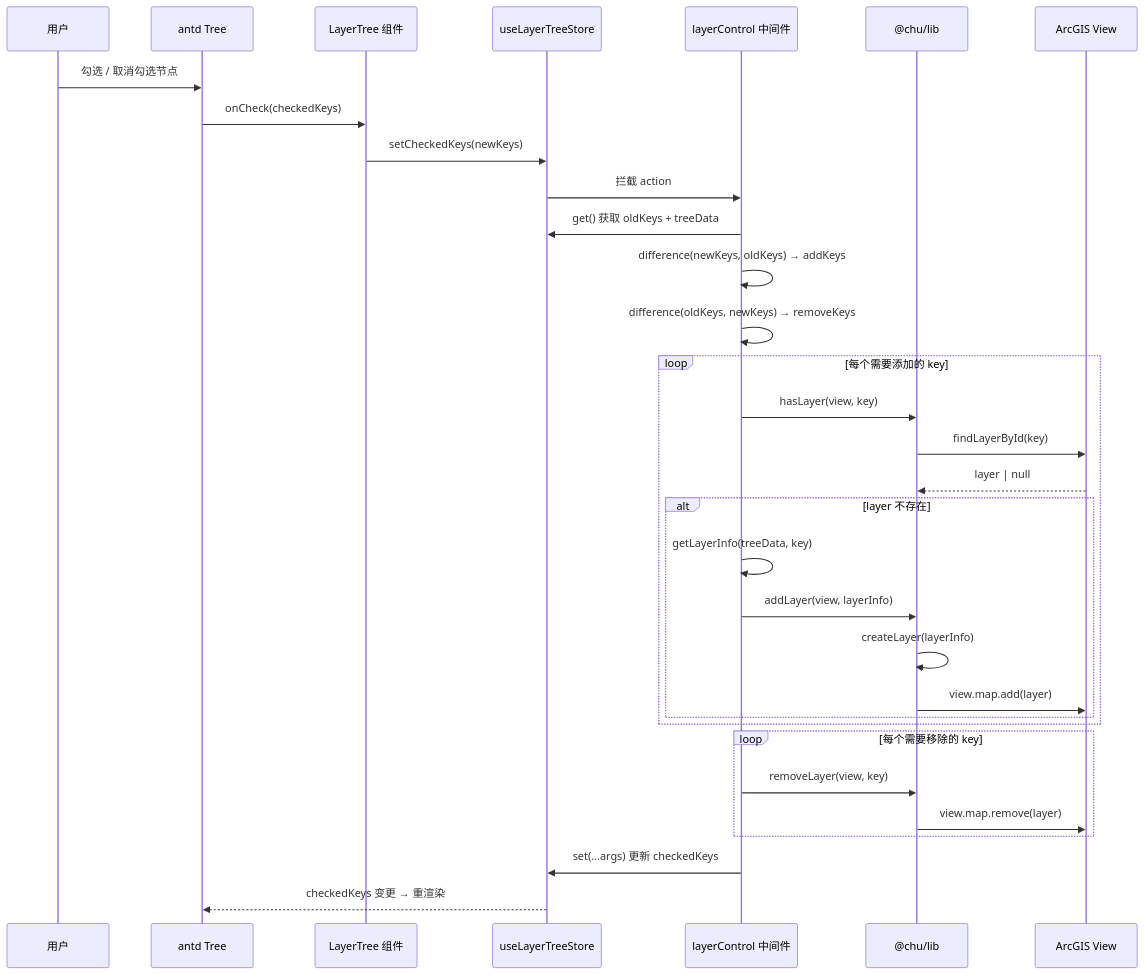
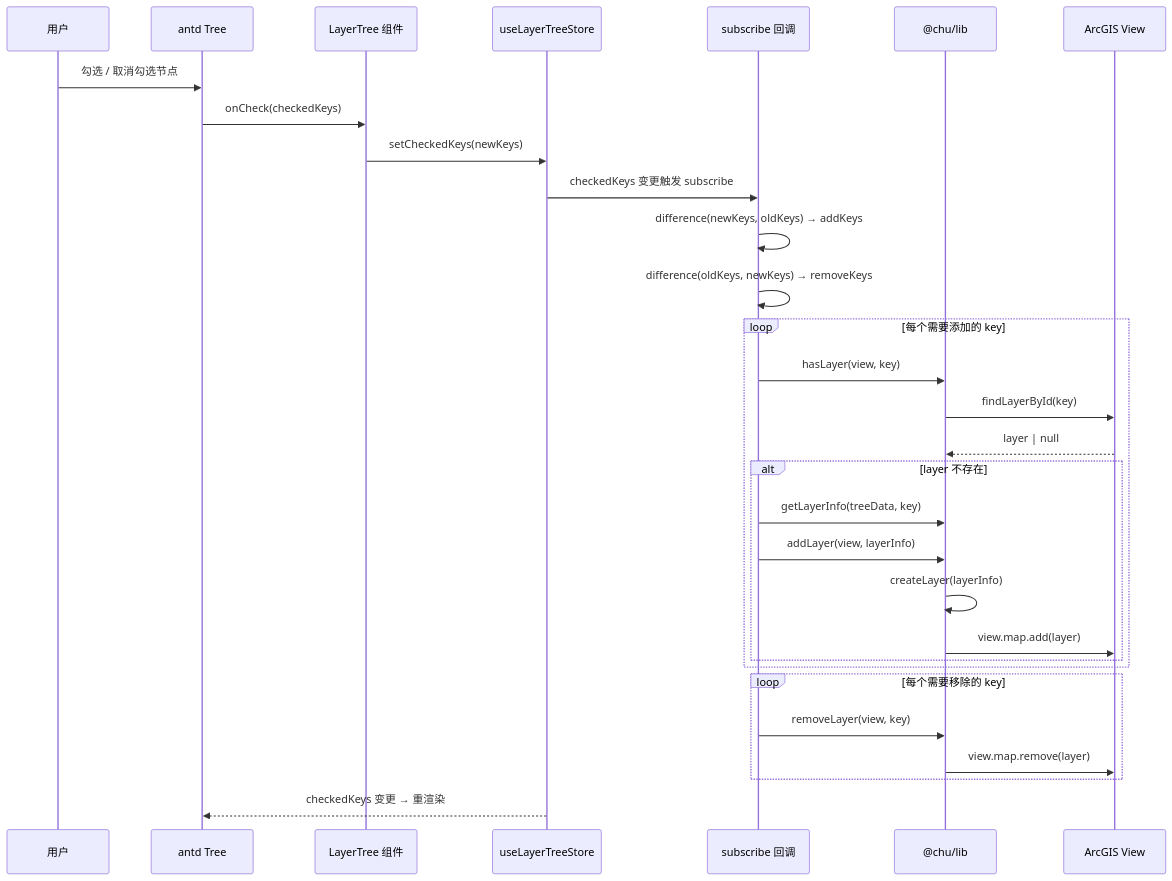
Before and after one commit to GeoDaoyu/Chu: the second of 3 diagrams in docs/philosophy/layerTree-layerControl.md, drawn with Mermaid. The commit also changed other lines of this file and 11 other files, not shown here.

First line of the commit message:
refactor: replace layerControl middleware with subscribeWithSelector

````diff
--- a/docs/philosophy/layerTree-layerControl.md
+++ b/docs/philosophy/layerTree-layerControl.md
@@ -110,39 +103,37 @@
 ```mermaid
 sequenceDiagram
     participant User as 用户
     participant Tree as antd Tree
     participant LT as LayerTree 组件
     participant Store as useLayerTreeStore
-    participant MW as layerControl 中间件
+    participant Sub as subscribe 回调
     participant Lib as @chu/lib
     participant View as ArcGIS View
 
     User->>Tree: 勾选 / 取消勾选节点
     Tree->>LT: onCheck(checkedKeys)
     LT->>Store: setCheckedKeys(newKeys)
-    Store->>MW: 拦截 action
+    Store->>Sub: checkedKeys 变更触发 subscribe
 
-    MW->>Store: get() 获取 oldKeys + treeData
-    MW->>MW: difference(newKeys, oldKeys) → addKeys
-    MW->>MW: difference(oldKeys, newKeys) → removeKeys
+    Sub->>Sub: difference(newKeys, oldKeys) → addKeys
+    Sub->>Sub: difference(oldKeys, newKeys) → removeKeys
 
     loop 每个需要添加的 key
-        MW->>Lib: hasLayer(view, key)
+        Sub->>Lib: hasLayer(view, key)
         Lib->>View: findLayerById(key)
         View-->>Lib: layer | null
         alt layer 不存在
-            MW->>MW: getLayerInfo(treeData, key)
-            MW->>Lib: addLayer(view, layerInfo)
+            Sub->>Lib: getLayerInfo(treeData, key)
+            Sub->>Lib: addLayer(view, layerInfo)
             Lib->>Lib: createLayer(layerInfo)
             Lib->>View: view.map.add(layer)
         end
     end
 
     loop 每个需要移除的 key
-        MW->>Lib: removeLayer(view, key)
+        Sub->>Lib: removeLayer(view, key)
         Lib->>View: view.map.remove(layer)
     end
 
-    MW->>Store: set(...args) 更新 checkedKeys
     Store-->>Tree: checkedKeys 变更 → 重渲染
 ```
````
